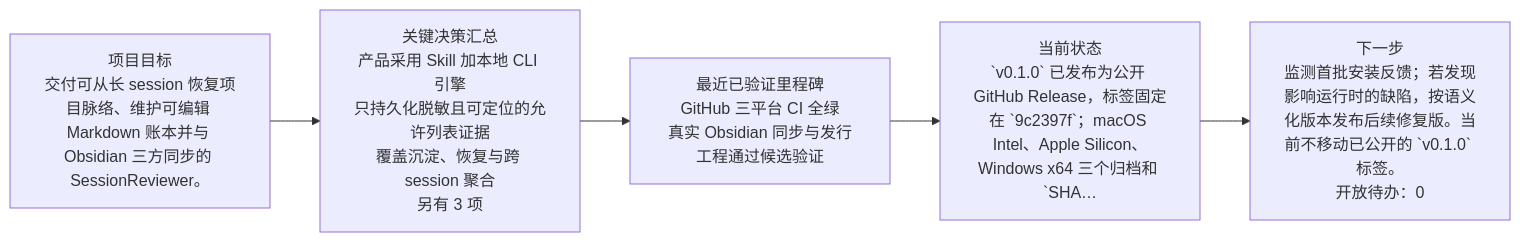
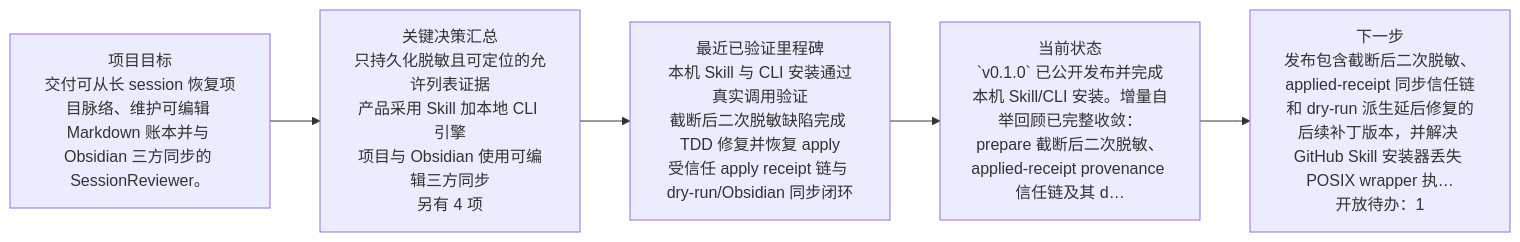
One commit to NeoMei/SessionReviewer changed the first of 3 diagrams in docs/session-review/diagrams/project-evolution.md. Above: the diagram before and after it, drawn with Mermaid. The commit also changed other lines of this file and 17 other files, not shown here.

````diff
--- a/docs/session-review/diagrams/project-evolution.md
+++ b/docs/session-review/diagrams/project-evolution.md
@@ -7,9 +7,9 @@
 ```mermaid
 flowchart LR
   goal["项目目标<br/>交付可从长 session 恢复项目脉络、维护可编辑 Markdown 账本并与 Obsidian 三方同步的 SessionReviewer。"]
-  decisions["关键决策汇总<br/>产品采用 Skill 加本地 CLI 引擎<br/>只持久化脱敏且可定位的允许列表证据<br/>覆盖沉淀、恢复与跨 session 聚合<br/>另有 3 项"]
-  milestones["最近已验证里程碑<br/>GitHub 三平台 CI 全绿<br/>真实 Obsidian 同步与发行工程通过候选验证"]
-  current["当前状态<br/>`v0.1.0` 已发布为公开 GitHub Release，标签固定在 `9c2397f`；macOS Intel、Apple Silicon、Windows x64 三个归档和 `SHA…"]
-  next["下一步<br/>监测首批安装反馈；若发现影响运行时的缺陷，按语义化版本发布后续修复版。当前不移动已公开的 `v0.1.0` 标签。<br/>开放待办：0"]
+  decisions["关键决策汇总<br/>只持久化脱敏且可定位的允许列表证据<br/>产品采用 Skill 加本地 CLI 引擎<br/>项目与 Obsidian 使用可编辑三方同步<br/>另有 4 项"]
+  milestones["最近已验证里程碑<br/>本机 Skill 与 CLI 安装通过真实调用验证<br/>截断后二次脱敏缺陷完成 TDD 修复并恢复 apply<br/>受信任 apply receipt 链与 dry-run/Obsidian 同步闭环"]
+  current["当前状态<br/>`v0.1.0` 已公开发布并完成本机 Skill/CLI 安装。增量自举回顾已完整收敛：prepare 截断后二次脱敏、applied-receipt provenance 信任链及其 d…"]
+  next["下一步<br/>发布包含截断后二次脱敏、applied-receipt 同步信任链和 dry-run 派生延后修复的后续补丁版本，并解决 GitHub Skill 安装器丢失 POSIX wrapper 执…<br/>开放待办：1"]
   goal --> decisions --> milestones --> current --> next
 ```
````
